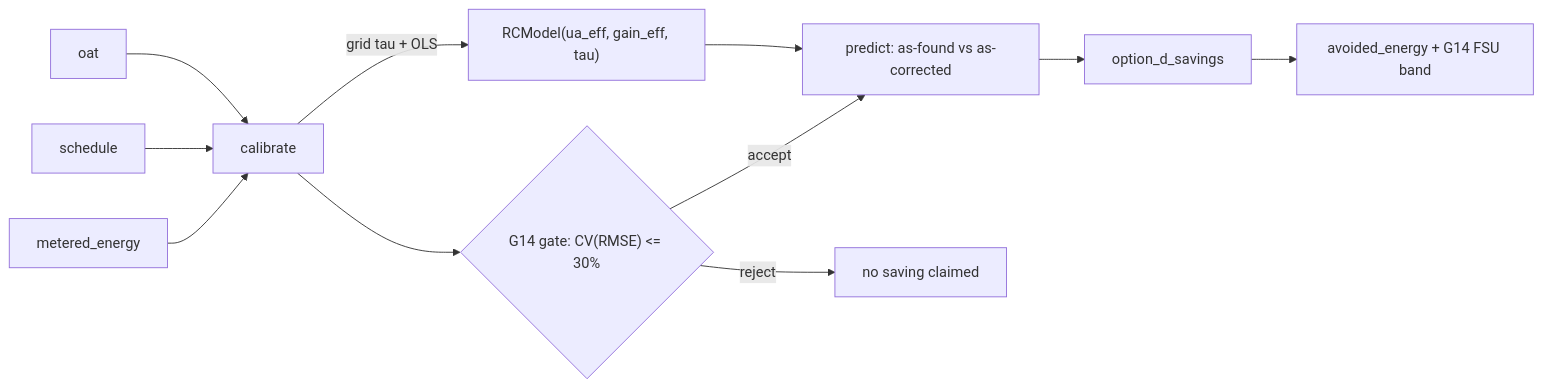
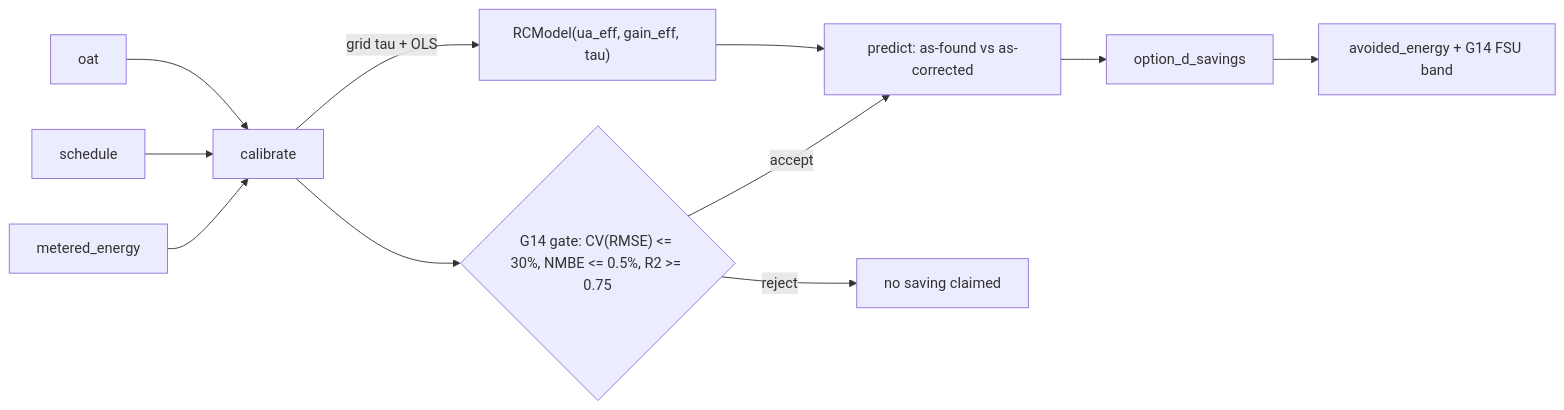
Before and after one commit to yroussev/camber: the diagram in docs/OPTION-D.md, drawn with Mermaid. The commit also changed other lines of this file and 36 other files, not shown here.

````diff
--- a/docs/OPTION-D.md
+++ b/docs/OPTION-D.md
@@ -12,13 +19,13 @@
 ```mermaid
 flowchart LR
     oat["oat"] --> cal["calibrate"]
     sched["schedule"] --> cal
     met["metered_energy"] --> cal
     cal -- "grid tau + OLS" --> model["RCModel(ua_eff, gain_eff, tau)"]
-    cal --> gate{"G14 gate: CV(RMSE) <= 30%"}
+    cal --> gate{"G14 gate: CV(RMSE) <= 30%, NMBE <= 0.5%, R2 >= 0.75"}
     gate -- "accept" --> run["predict: as-found vs as-corrected"]
     model --> run
     run --> sv["option_d_savings"]
     sv --> out["avoided_energy + G14 FSU band"]
     gate -- "reject" --> none["no saving claimed"]
 ```
````
